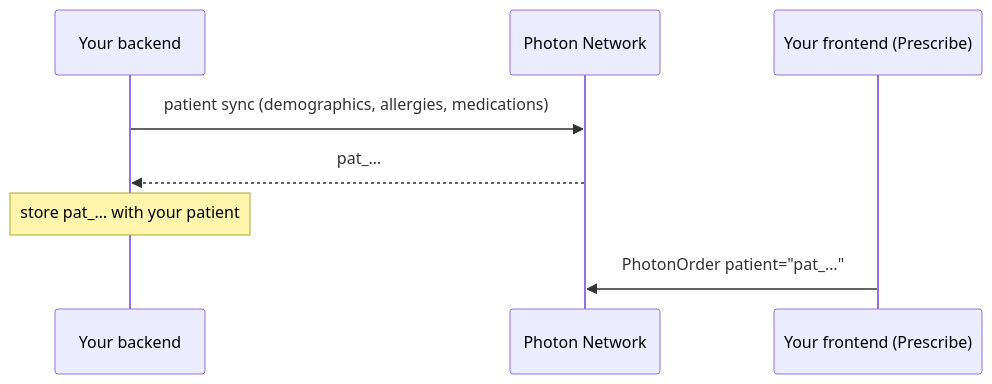
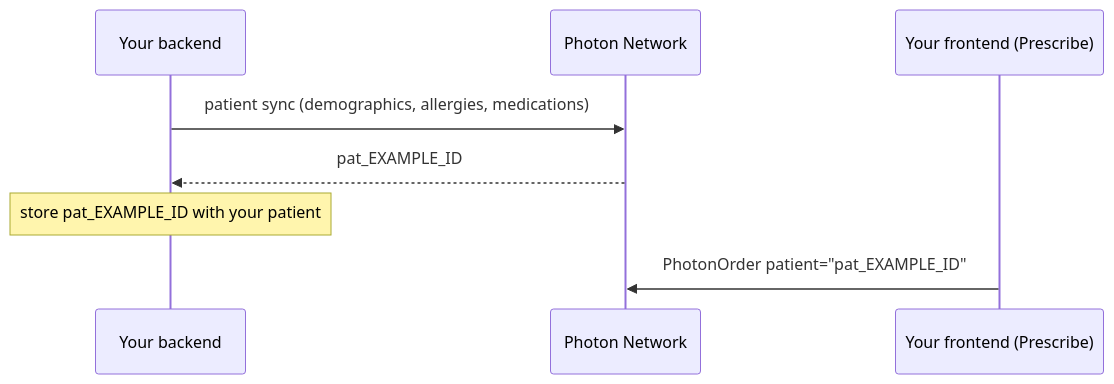
The diagram in integrations/sync-patients.mdx (Photon-Health/docs), drawn with Mermaid before and after one commit. The commit also changed other lines of this file and 26 other files, not shown here.

````diff
--- a/integrations/sync-patients.mdx
+++ b/integrations/sync-patients.mdx
@@ -12,10 +12,10 @@
 ```mermaid
 sequenceDiagram
   participant B as Your backend
   participant N as Photon Network
   participant F as Your frontend (Prescribe)
   B->>N: patient sync (demographics, allergies, medications)
-  N-->>B: pat_…
-  Note over B: store pat_… with your patient
-  F->>N: PhotonOrder patient="pat_…"
+  N-->>B: pat_EXAMPLE_ID
+  Note over B: store pat_EXAMPLE_ID with your patient
+  F->>N: PhotonOrder patient="pat_EXAMPLE_ID"
 ```
````
